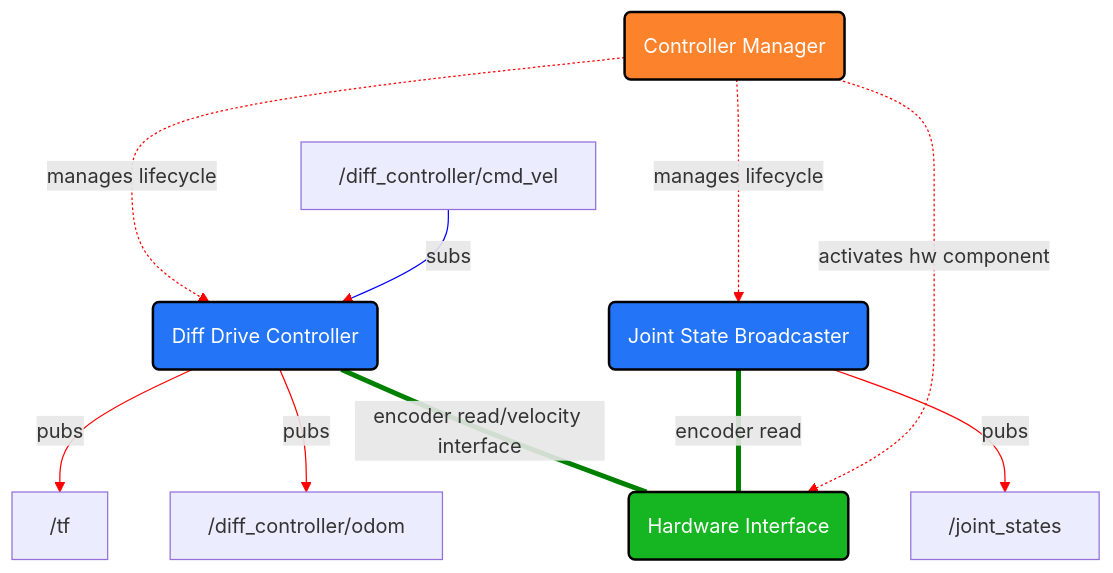
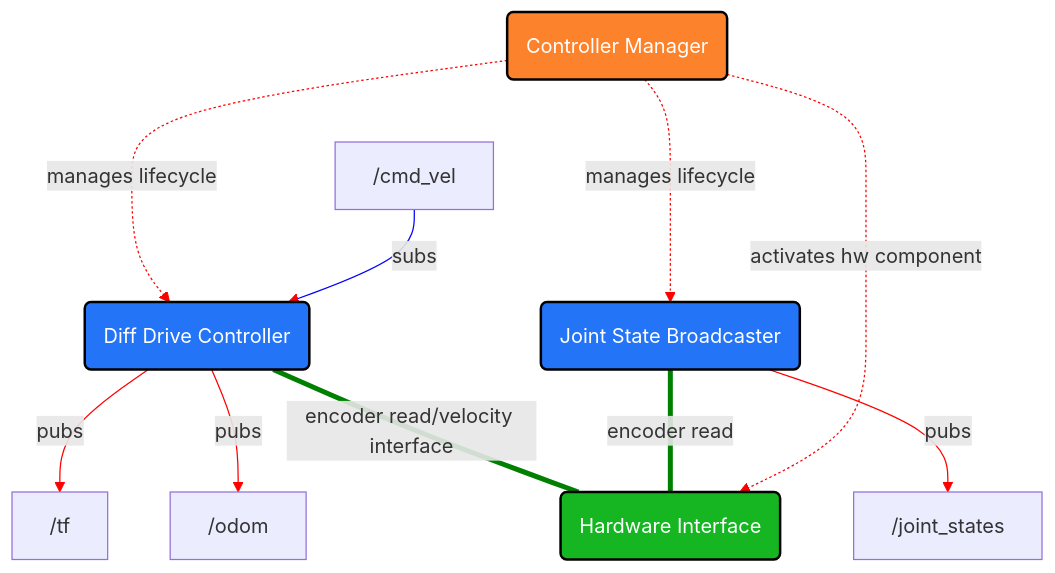
One commit to ros2-gbp/andino-release changed the diagram in andino_control/README.md. Above: the diagram before and after it, drawn with Mermaid. The commit also changed 90 other files, not shown here.

````diff
--- a/andino_control/README.md
+++ b/andino_control/README.md
@@ -9,27 +9,27 @@
 ```mermaid
 flowchart TD
     %% COLORS %%
     classDef blue fill:#2374f7,stroke:#000,stroke-width:2px,color:#fff
     classDef red fill:#ed2633,stroke:#000,stroke-width:2px,color:#fff
     classDef green fill:#16b522,stroke:#000,stroke-width:2px,color:#fff
     classDef orange fill:#fc822b,stroke:#000,stroke-width:2px,color:#fff
 
     %% DIAGRAM %%
 
     A(Diff Drive Controller):::blue ---|encoder read/velocity interface| B(Hardware Interface):::green
     C(Joint State Broadcaster):::blue ---|encoder read| B(Hardware Interface)
 
     M(Controller Manager):::orange -..->|manages lifecycle| A
     M(Controller Manager) -..-> |manages lifecycle| C
     M(Controller Manager) -..-> |activates hw component| B
 
-    D["/diff_controller/cmd_vel"] -->|subs| A
-    A -->|pubs| O["/diff_controller/odom"]
+    D["/cmd_vel"] -->|subs| A
+    A -->|pubs| O["/odom"]
     A -->|pubs| T["/tf"]
     C -->|pubs| J["/joint_states"]
 
     linkStyle default stroke:red
     linkStyle 0 stroke-width:4px,stroke:green
     linkStyle 1 stroke-width:4px,stroke:green
     linkStyle 5 stroke:blue
 ```
````
